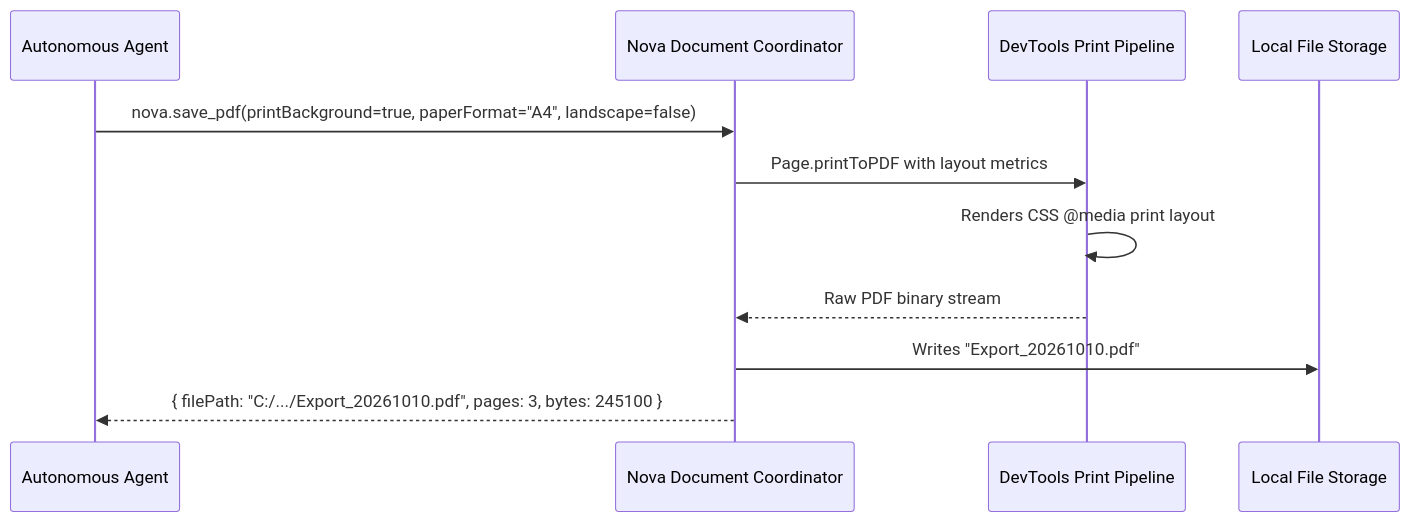
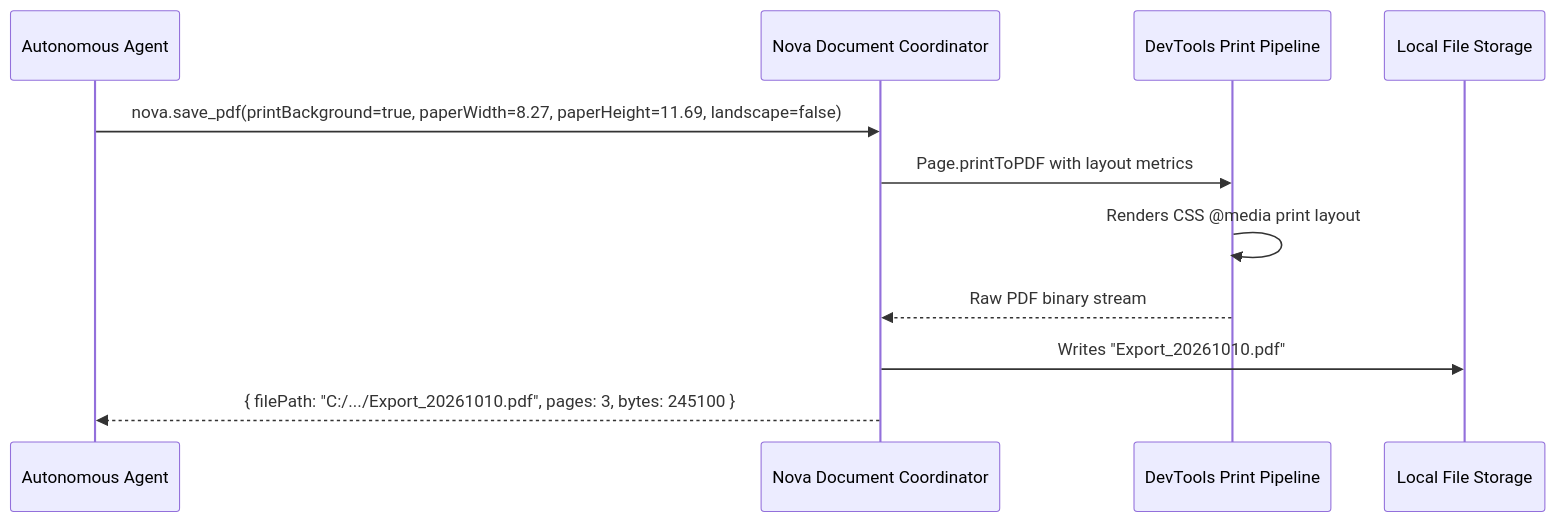
The second of 2 diagrams in docs/core-features/media-intelligence/pdf/README.md (joelaniol/nova), drawn with Mermaid before and after one commit. The commit also changed 27 other files, not shown here.

Commit message:
docs(scheduled-tasks): expand architecture reference with triggers, executors, and workspaces

````diff
--- a/docs/core-features/media-intelligence/pdf/README.md
+++ b/docs/core-features/media-intelligence/pdf/README.md
@@ -63,14 +63,14 @@
 ```mermaid
 sequenceDiagram
     participant Agent as Autonomous Agent
     participant Nova as Nova Document Coordinator
     participant Chromium as DevTools Print Pipeline
     participant Disk as Local File Storage
 
-    Agent->>Nova: nova.save_pdf(printBackground=true, paperFormat="A4", landscape=false)
+    Agent->>Nova: nova.save_pdf(printBackground=true, paperWidth=8.27, paperHeight=11.69, landscape=false)
     Nova->>Chromium: Page.printToPDF with layout metrics
     Chromium->>Chromium: Renders CSS @media print layout
     Chromium-->>Nova: Raw PDF binary stream
     Nova->>Disk: Writes "Export_20261010.pdf"
     Nova-->>Agent: { filePath: "C:/.../Export_20261010.pdf", pages: 3, bytes: 245100 }
 ```
````
